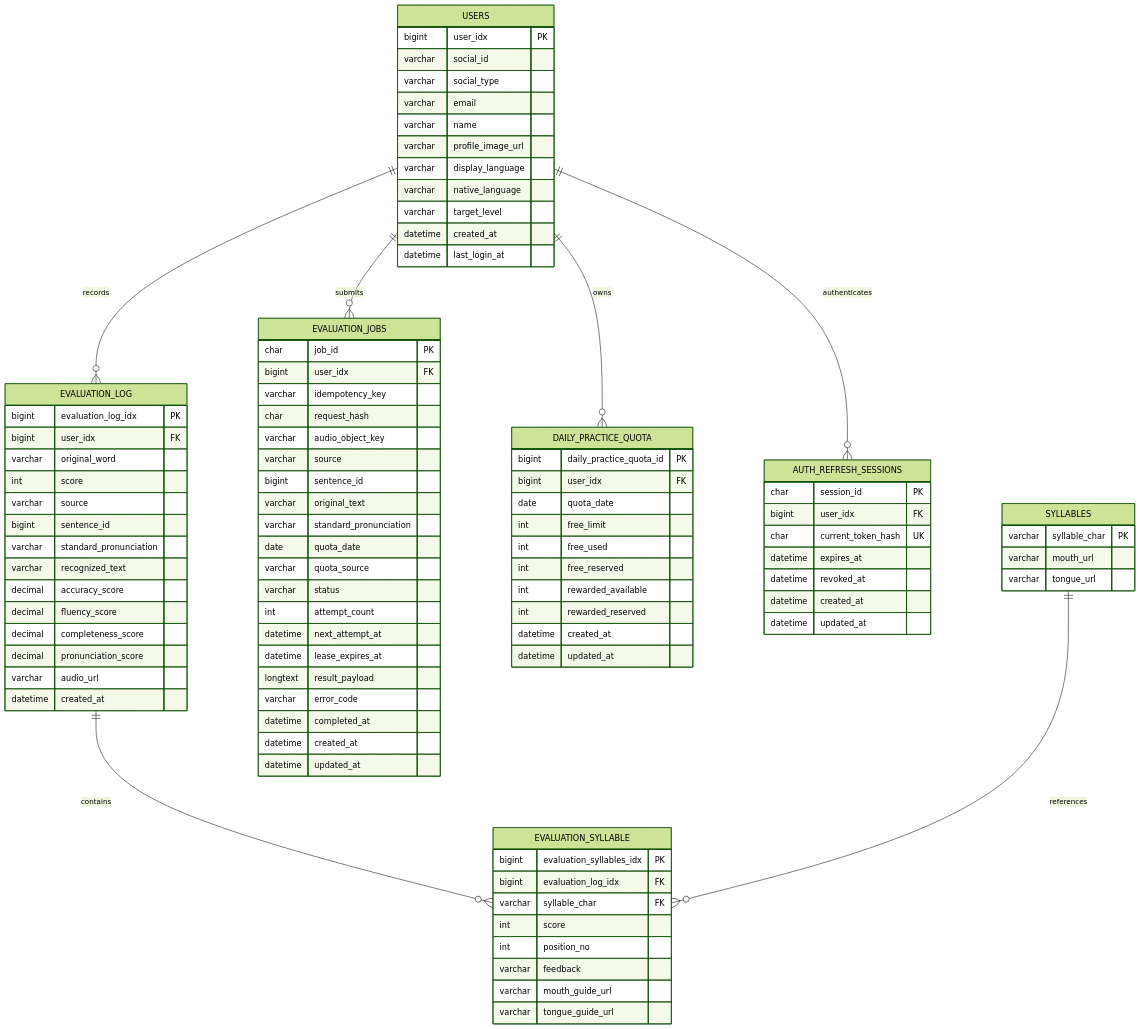
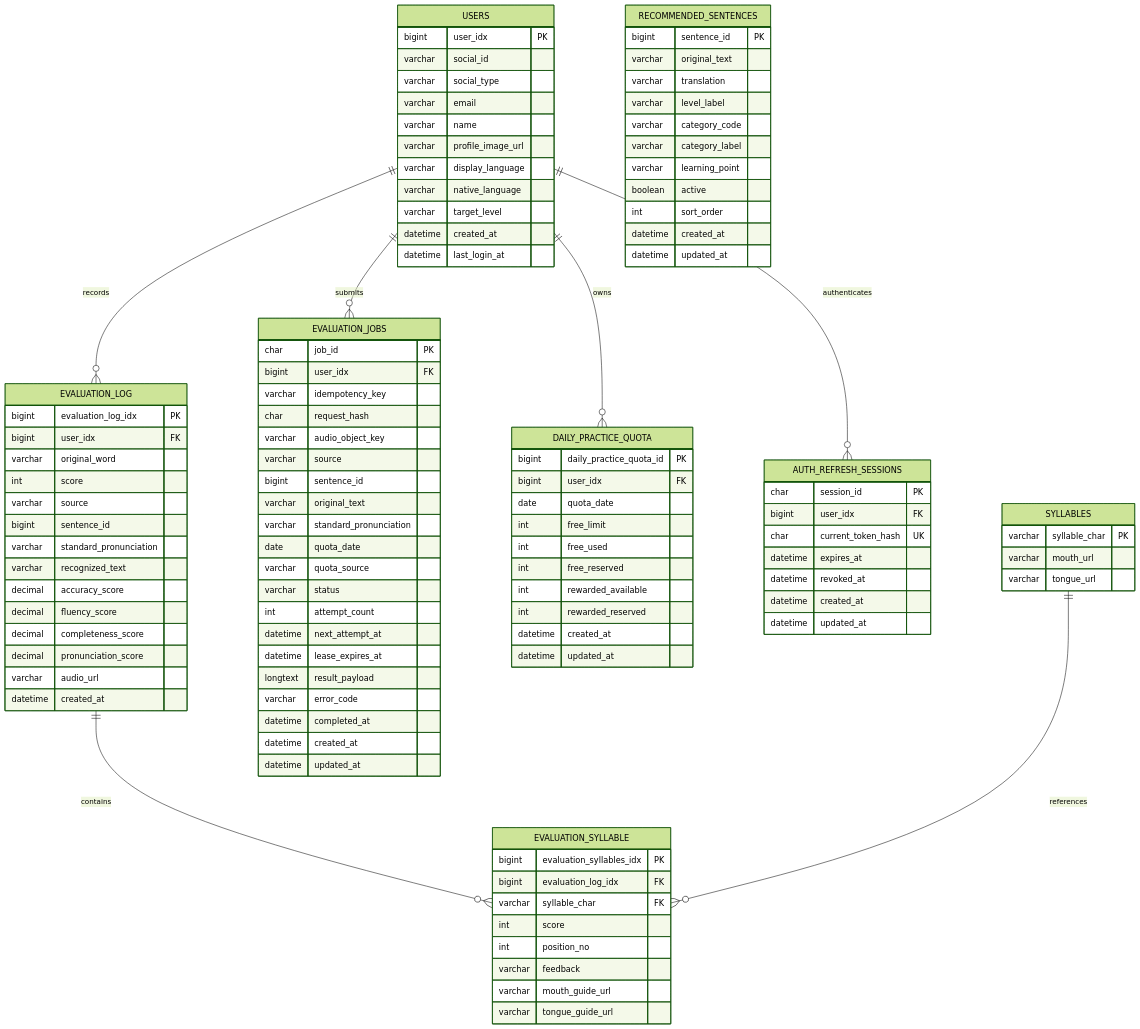
The diagram in docs/data/data-model.md (byeok99/LingKo), drawn with Mermaid (forest theme) before and after one commit. The commit also changed other lines of this file and 97 other files, not shown here.

```diff
--- a/docs/data/data-model.md
+++ b/docs/data/data-model.md
@@ -10,6 +10,20 @@
     USERS ||--o{ AUTH_REFRESH_SESSIONS : authenticates
     EVALUATION_LOG ||--o{ EVALUATION_SYLLABLE : contains
     SYLLABLES ||--o{ EVALUATION_SYLLABLE : references
+
+    RECOMMENDED_SENTENCES {
+      bigint sentence_id PK
+      varchar original_text
+      varchar translation
+      varchar level_label
+      varchar category_code
+      varchar category_label
+      varchar learning_point
+      boolean active
+      int sort_order
+      datetime created_at
+      datetime updated_at
+    }
 
     USERS {
       bigint user_idx PK
```
